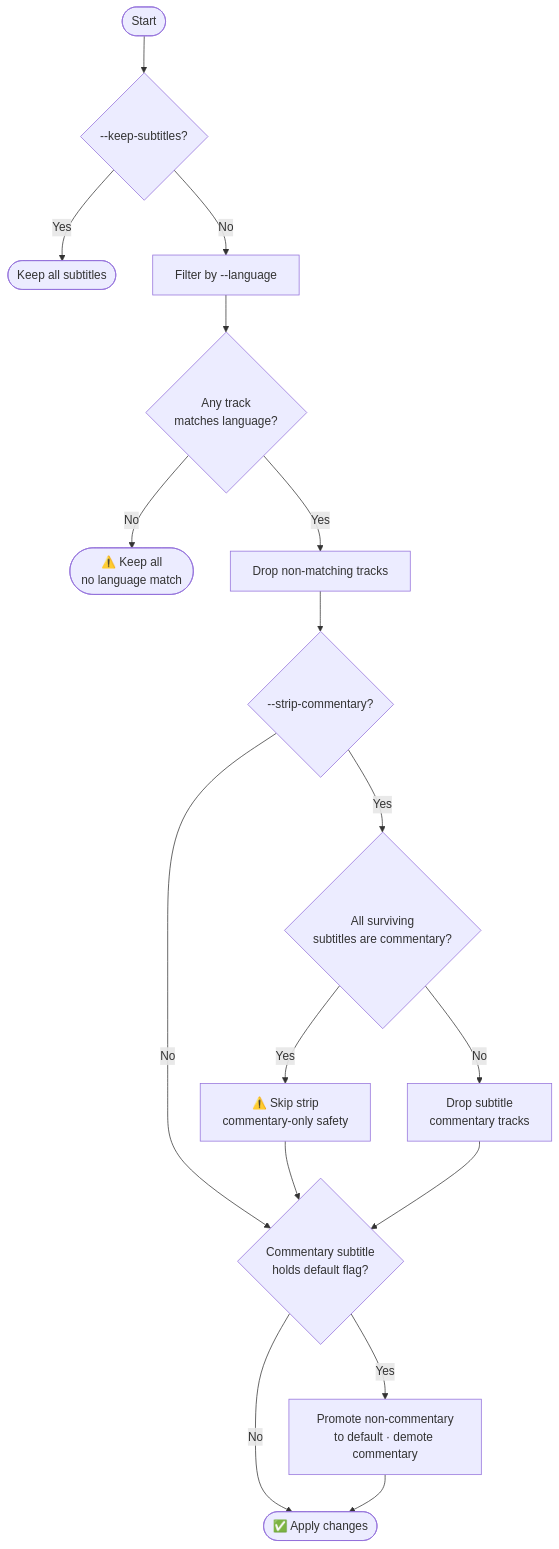
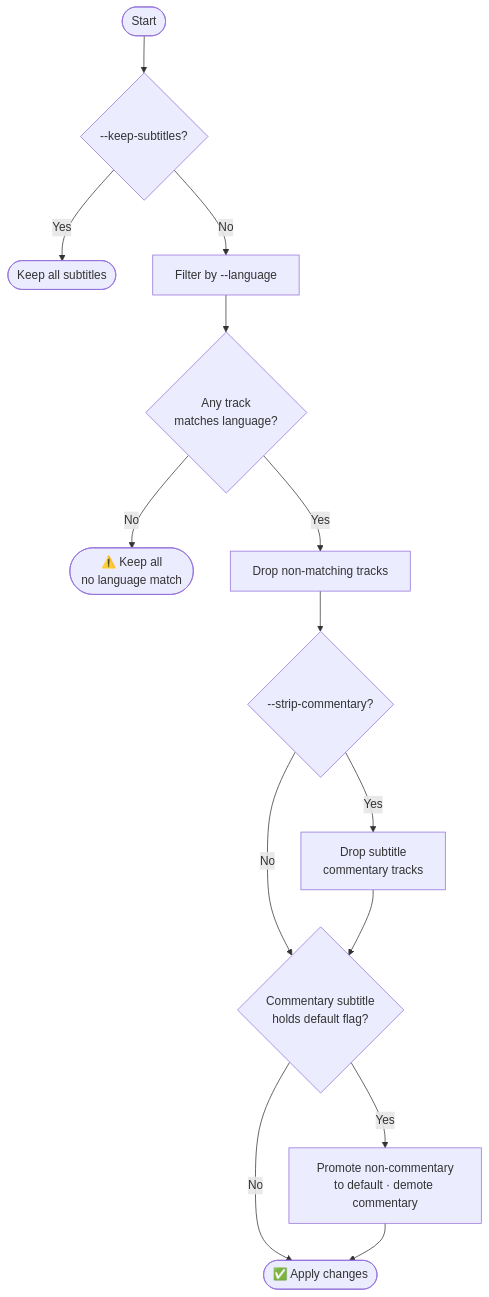
Before and after one commit to binhex/trimarr: the second of 2 diagrams in README.md, drawn with Mermaid. The commit also changed other lines of this file and 2 other files, not shown here.

First line of the commit message:
refactor: remove all-commentary safety gate from strip-commentary

````diff
--- a/README.md
+++ b/README.md
@@ -120,20 +117,17 @@
 ```mermaid
 flowchart TD
     A([Start]) --> B{--keep-subtitles?}
     B -- Yes --> Z([Keep all subtitles])
     B -- No --> C[Filter by --language]
     C --> D{Any track\nmatches language?}
     D -- No --> E([⚠️ Keep all\nno language match])
     D -- Yes --> H[Drop non-matching tracks]
     H --> SC{--strip-commentary?}
     SC -- No --> I
-    SC -- Yes --> SC2{All surviving\nsubtitles are commentary?}
-    SC2 -- Yes --> SC3[⚠️ Skip strip\ncommentary-only safety]
-    SC3 --> I
-    SC2 -- No --> SC4[Drop subtitle\ncommentary tracks]
+    SC -- Yes --> SC4[Drop subtitle\ncommentary tracks]
     SC4 --> I
     I{Commentary subtitle\nholds default flag?}
     I -- No --> J([✅ Apply changes])
     I -- Yes --> K[Promote non-commentary\nto default · demote commentary]
     K --> J
 ```
````
